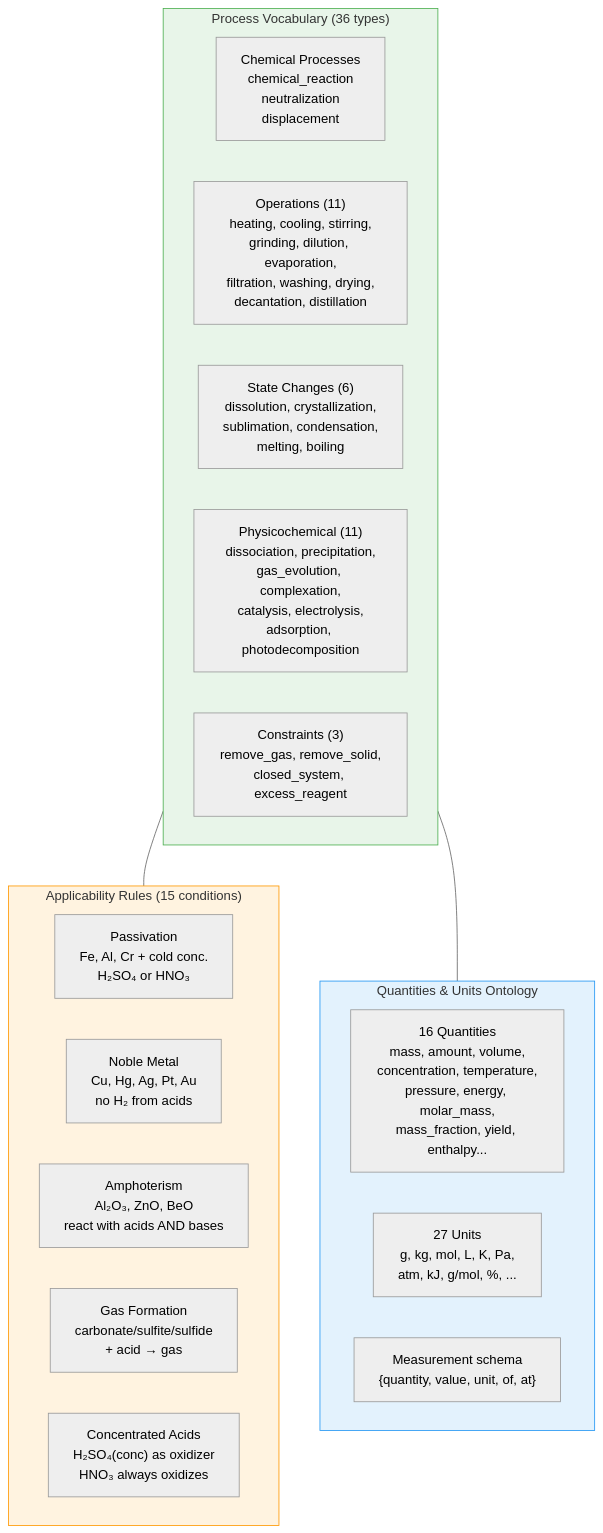
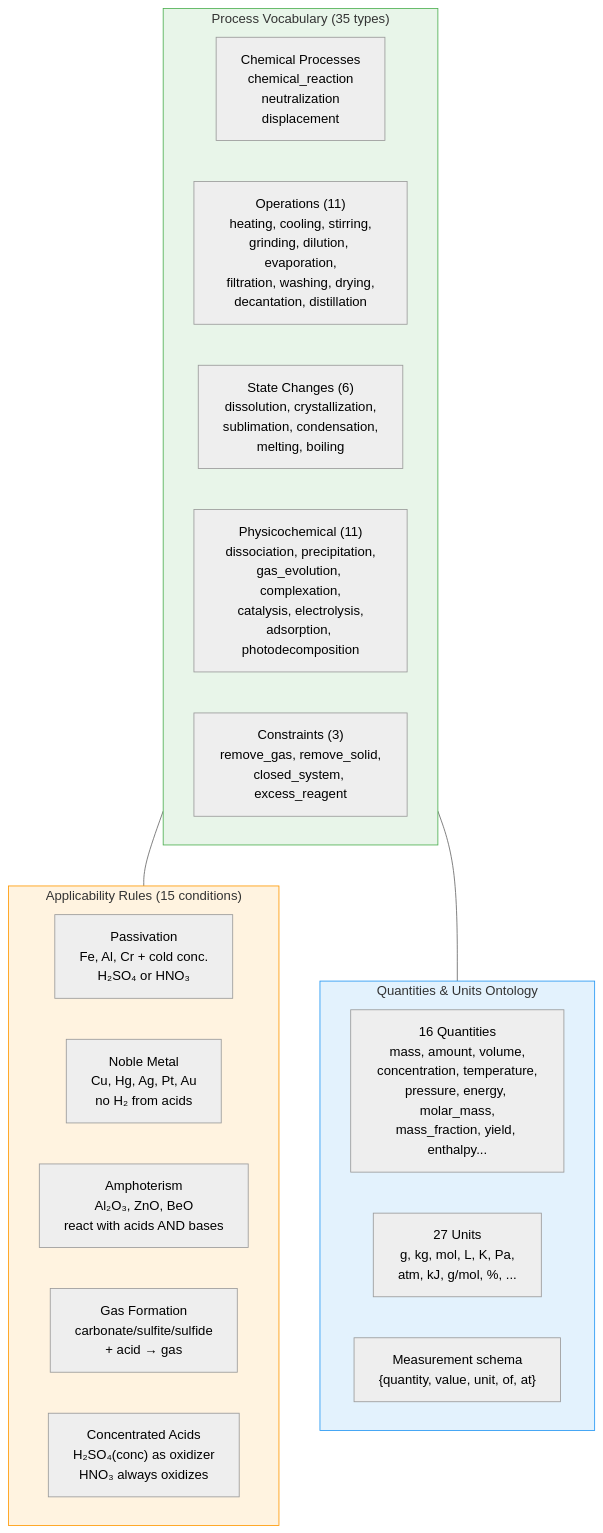
Before and after one commit to dronsv/chemistry-no-magic: the ninth of 10 diagrams in docs/ontology-map.md, drawn with Mermaid (neutral theme). The commit also changed other lines of this file, not shown here.

````diff
--- a/docs/ontology-map.md
+++ b/docs/ontology-map.md
@@ -702,32 +726,32 @@
 ```mermaid
 graph TB
-    subgraph ProcessVocab["Process Vocabulary (36 types)"]
+    subgraph ProcessVocab["Process Vocabulary (35 types)"]
         direction LR
         CHEM["Chemical Processes<br/>chemical_reaction<br/>neutralization<br/>displacement"]
         OPS["Operations (11)<br/>heating, cooling, stirring,<br/>grinding, dilution, evaporation,<br/>filtration, washing, drying,<br/>decantation, distillation"]
         PHYS["State Changes (6)<br/>dissolution, crystallization,<br/>sublimation, condensation,<br/>melting, boiling"]
         PCHEM["Physicochemical (11)<br/>dissociation, precipitation,<br/>gas_evolution, complexation,<br/>catalysis, electrolysis,<br/>adsorption, photodecomposition"]
         CONST["Constraints (3)<br/>remove_gas, remove_solid,<br/>closed_system, excess_reagent"]
     end
 
     subgraph Applicability["Applicability Rules (15 conditions)"]
         PASS["Passivation<br/>Fe, Al, Cr + cold conc.<br/>H₂SO₄ or HNO₃"]
         NOBLE["Noble Metal<br/>Cu, Hg, Ag, Pt, Au<br/>no H₂ from acids"]
         AMPH["Amphoterism<br/>Al₂O₃, ZnO, BeO<br/>react with acids AND bases"]
         GAS["Gas Formation<br/>carbonate/sulfite/sulfide<br/>+ acid → gas"]
         CONC["Concentrated Acids<br/>H₂SO₄(conc) as oxidizer<br/>HNO₃ always oxidizes"]
     end
 
     subgraph QUnits["Quantities & Units Ontology"]
         Q["16 Quantities<br/>mass, amount, volume,<br/>concentration, temperature,<br/>pressure, energy, molar_mass,<br/>mass_fraction, yield, enthalpy..."]
         U["27 Units<br/>g, kg, mol, L, K, Pa,<br/>atm, kJ, g/mol, %, ..."]
         M["Measurement schema<br/>{quantity, value, unit, of, at}"]
     end
 
     ProcessVocab --- Applicability
     ProcessVocab --- QUnits
 
     style ProcessVocab fill:#e8f5e9,stroke:#4caf50
     style Applicability fill:#fff3e0,stroke:#ff9800
     style QUnits fill:#e3f2fd,stroke:#2196f3
 ```
````
